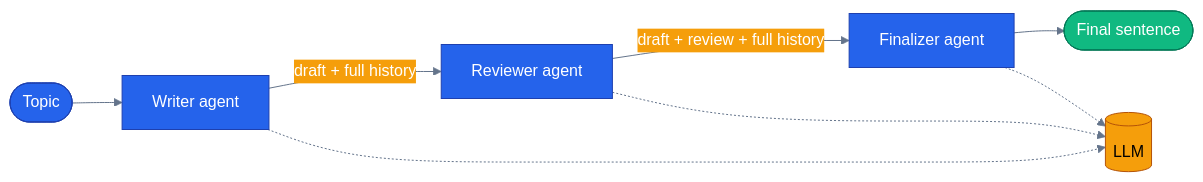
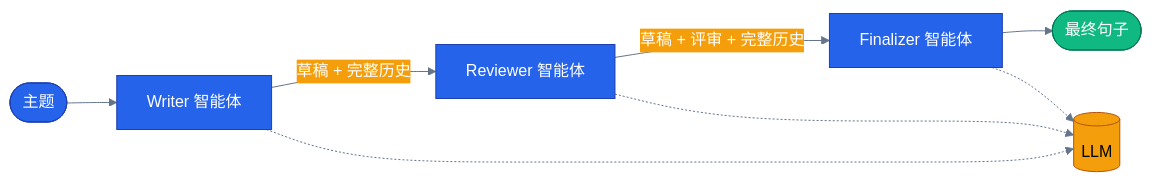
One commit to s1encisi/reliable-commerce-agents changed the diagram in tutorials/12-sequential-orchestration/README.md. Above: the diagram before and after it, drawn with Mermaid. The commit also changed other lines of this file and 1033 other files, not shown here.

````diff
--- a/tutorials/12-sequential-orchestration/README.md
+++ b/tutorials/12-sequential-orchestration/README.md
@@ -23,31 +27,31 @@
 ```mermaid
 %%{init: {'theme':'base', 'themeVariables': {
   'primaryColor': '#2563eb','primaryTextColor': '#ffffff','primaryBorderColor': '#1e40af',
   'lineColor': '#64748b','secondaryColor': '#f59e0b','tertiaryColor': '#10b981',
   'background': 'transparent'}}}%%
 flowchart LR
   classDef core     fill:#2563eb,stroke:#1e40af,color:#ffffff
   classDef external fill:#f59e0b,stroke:#b45309,color:#000000
   classDef success  fill:#10b981,stroke:#047857,color:#ffffff
 
-  topic([Topic])
-  writer[Writer agent]
-  reviewer[Reviewer agent]
-  finalizer[Finalizer agent]
+  topic([主题])
+  writer[Writer 智能体]
+  reviewer[Reviewer 智能体]
+  finalizer[Finalizer 智能体]
   llm[(LLM)]
-  answer([Final sentence])
+  answer([最终句子])
 
   topic --> writer
-  writer -- "draft + full history" --> reviewer
-  reviewer -- "draft + review + full history" --> finalizer
+  writer -- "草稿 + 完整历史" --> reviewer
+  reviewer -- "草稿 + 评审 + 完整历史" --> finalizer
   finalizer --> answer
   writer -.-> llm
   reviewer -.-> llm
   finalizer -.-> llm
 
   class writer core
   class reviewer core
   class finalizer core
   class llm external
   class answer success
 ```
````
